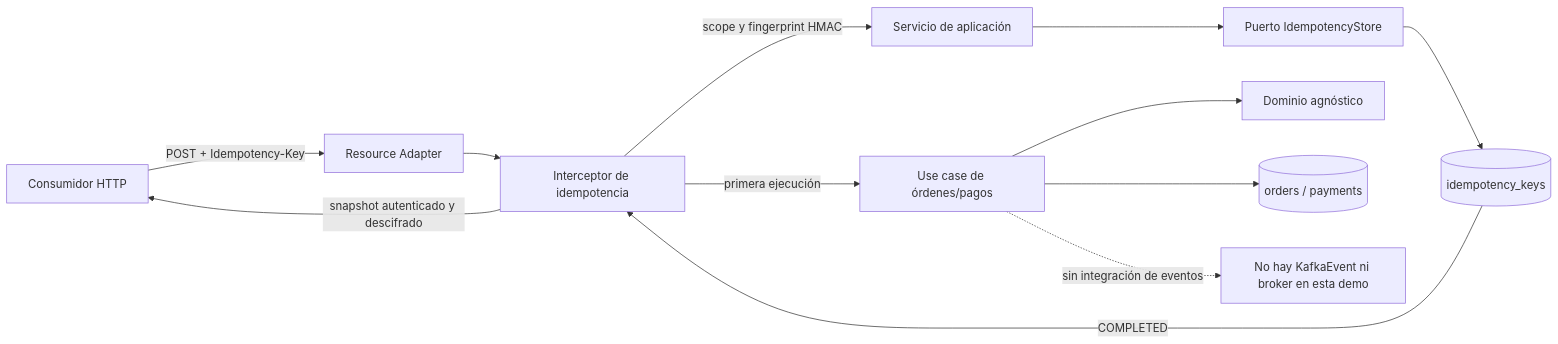
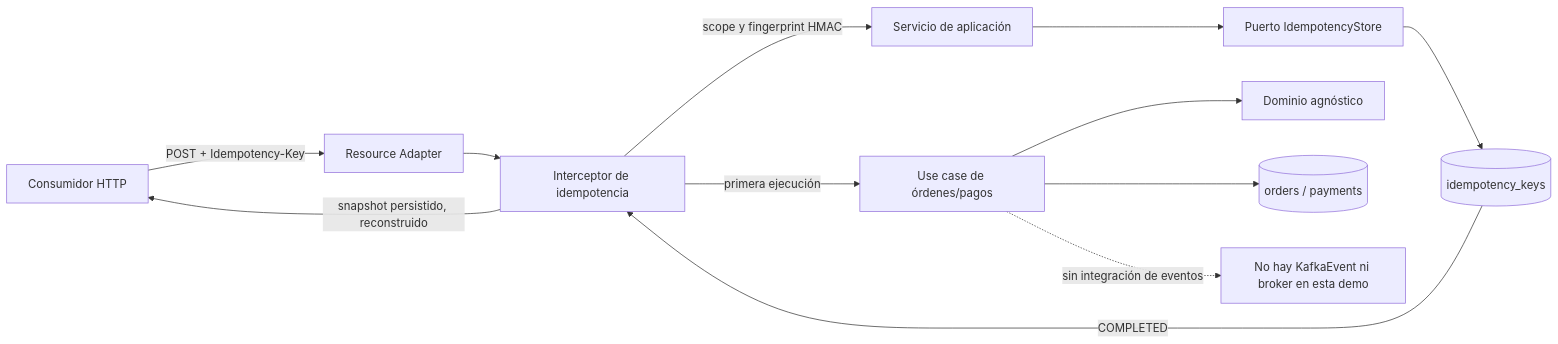
The first of 3 diagrams in README.md (dannyverap/idempotency), drawn with Mermaid before and after one commit. The commit also changed other lines of this file and 14 other files, not shown here.

````diff
--- a/README.md
+++ b/README.md
@@ -122,14 +114,14 @@
 ```mermaid
 flowchart LR
     C[Consumidor HTTP] -->|POST + Idempotency-Key| R[Resource Adapter]
     R --> X[Interceptor de idempotencia]
     X -->|scope y fingerprint HMAC| S[Servicio de aplicación]
     S --> P[Puerto IdempotencyStore]
     P --> K[(idempotency_keys)]
     X -->|primera ejecución| U[Use case de órdenes/pagos]
     U --> D[Dominio agnóstico]
     U --> B[(orders / payments)]
     K -->|COMPLETED| X
-    X -->|snapshot autenticado y descifrado| C
+    X -->|snapshot persistido, reconstruido| C
     U -. sin integración de eventos .-> E[No hay KafkaEvent ni broker en esta demo]
 ```
````
